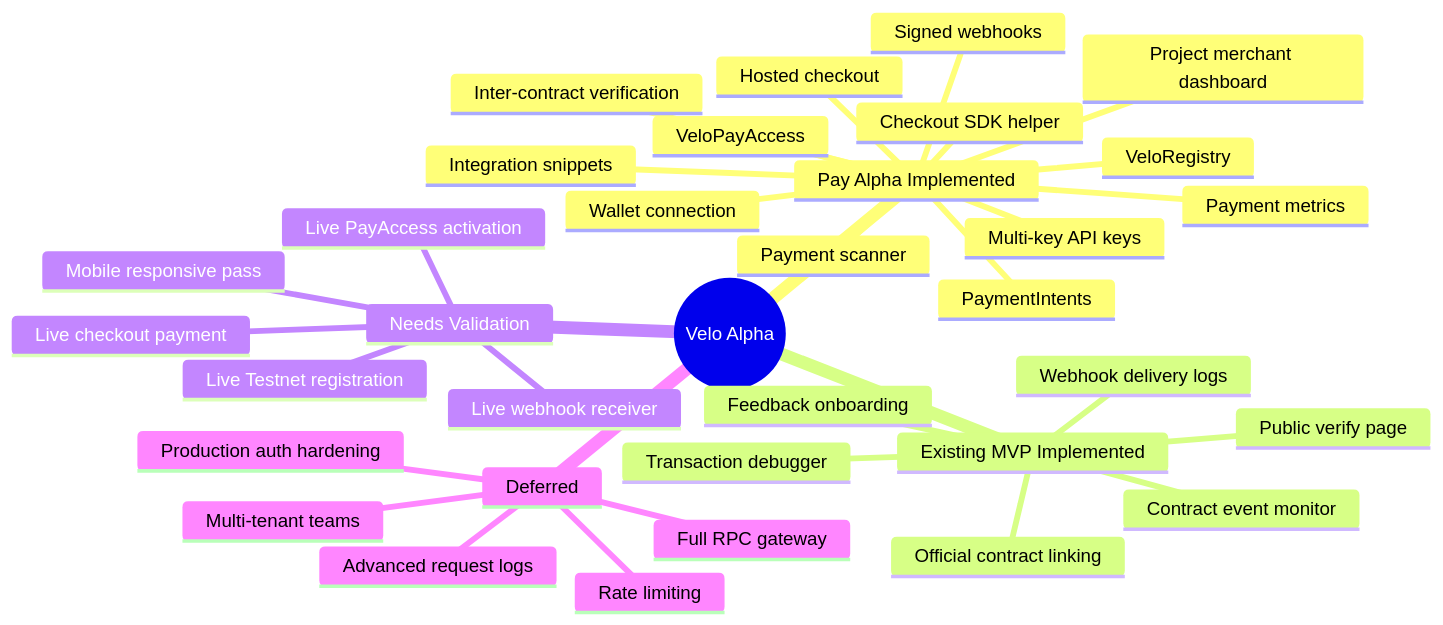
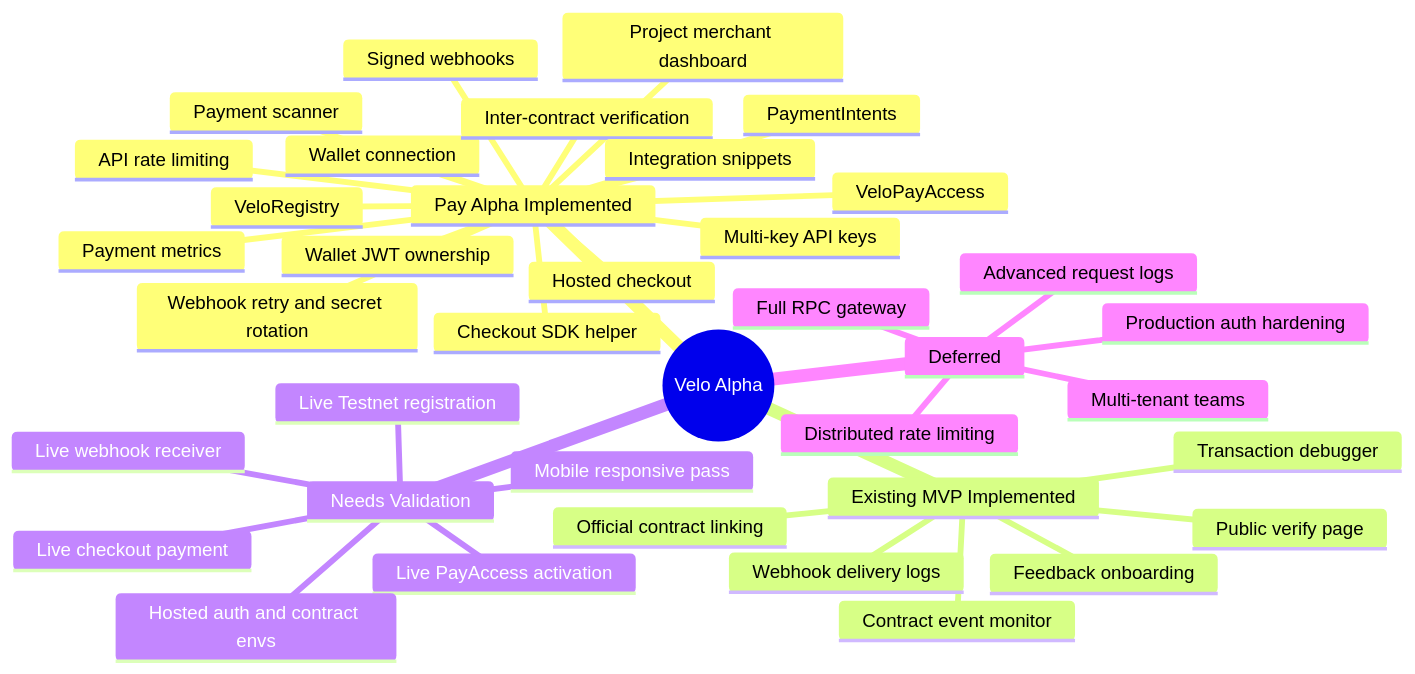
One commit to Carts1024/Velo changed the second of 2 diagrams in docs/prds/talakit-project-status-report-2026-06-29.md. Above: the diagram before and after it, drawn with Mermaid. The commit also changed other lines of this file and 3 other files, not shown here.

Commit message:
📝 feat: implement production hardening for wallet authentication, API rate limiting, and webhook reliability while finalizing the Velo SDK roadmap.

````diff
--- a/docs/prds/talakit-project-status-report-2026-06-29.md
+++ b/docs/prds/talakit-project-status-report-2026-06-29.md
@@ -630,37 +692,41 @@
 ```mermaid
 mindmap
   root((Velo Alpha))
     Pay Alpha Implemented
       Wallet connection
       Project merchant dashboard
       VeloRegistry
       VeloPayAccess
       Inter-contract verification
       Multi-key API keys
       PaymentIntents
       Hosted checkout
       Checkout SDK helper
       Integration snippets
       Signed webhooks
+      Webhook retry and secret rotation
       Payment scanner
       Payment metrics
+      API rate limiting
+      Wallet JWT ownership
     Existing MVP Implemented
       Official contract linking
       Public verify page
       Transaction debugger
       Contract event monitor
       Webhook delivery logs
       Feedback onboarding
     Needs Validation
       Live Testnet registration
       Live PayAccess activation
       Live checkout payment
       Live webhook receiver
+      Hosted auth and contract envs
       Mobile responsive pass
     Deferred
       Full RPC gateway
-      Rate limiting
+      Distributed rate limiting
       Advanced request logs
       Multi-tenant teams
       Production auth hardening
 ```
````
